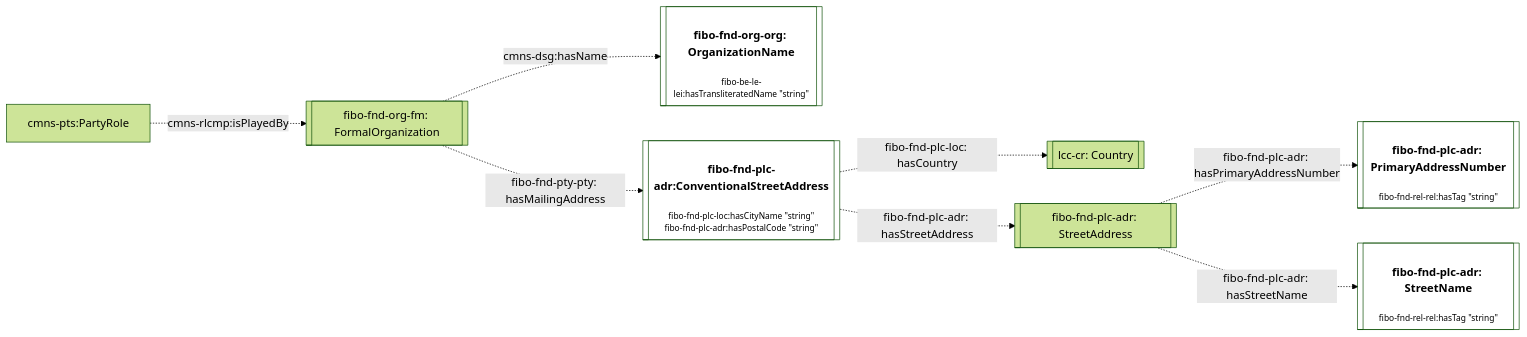
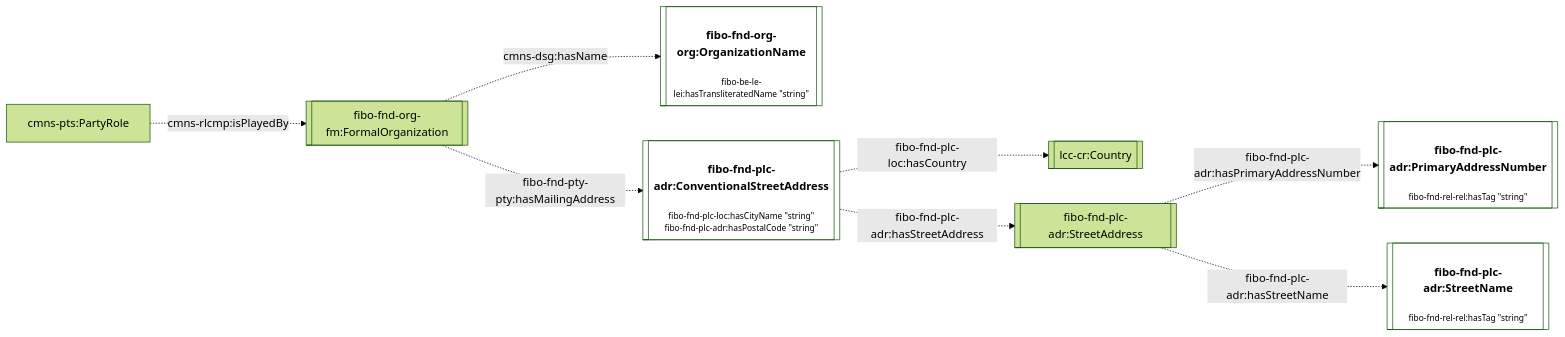
Before and after one commit to cambridge-cares/TheWorldAvatar: the third of 7 diagrams in JPS_Ontology/ontology/ontoprofile/README.MD, drawn with Mermaid (forest theme). The commit also changed other lines of this file, not shown here.

Commit message:
dev-service-execution-ontology-extension: add overflow styles to link and node

````diff
--- a/JPS_Ontology/ontology/ontoprofile/README.MD
+++ b/JPS_Ontology/ontology/ontoprofile/README.MD
@@ -98,18 +98,19 @@
 ```mermaid
 flowchart LR
     %% Styling
     classDef literal fill:none
-    classDef node text-wrap:pretty
+    classDef node overflow-wrap:break-word,text-wrap:pretty
+    linkStyle default overflow-wrap:break-word,text-wrap:pretty;
 
     %% Contents
-    cmns-pts:PartyRole -. cmns-rlcmp:isPlayedBy .-> Organisation[[fibo-fnd-org-fm: FormalOrganization]]
-    Organisation -. cmns-dsg:hasName .-> OrganizationName[["<h4>fibo-fnd-org-org: OrganizationName</h4><p style='font-size:0.75rem;'>fibo-be-le-lei:hasTransliteratedName &quot;string&quot;</p>"]]:::literal
+    cmns-pts:PartyRole -. cmns-rlcmp:isPlayedBy .-> Organisation[[fibo-fnd-org-fm:FormalOrganization]]
+    Organisation -. cmns-dsg:hasName .-> OrganizationName[["<h4>fibo-fnd-org-org:OrganizationName</h4><p style='font-size:0.75rem;'>fibo-be-le-lei:hasTransliteratedName &quot;string&quot;</p>"]]:::literal
 
-    Organisation -. fibo-fnd-pty-pty: hasMailingAddress .-> ConventionalStreetAddress[["<h4>fibo-fnd-plc-adr:ConventionalStreetAddress</h4><p style='font-size:0.75rem;'>fibo-fnd-plc-loc:hasCityName &quot;string&quot;<br>fibo-fnd-plc-adr:hasPostalCode &quot;string&quot;</p>"]]:::literal
+    Organisation -. fibo-fnd-pty-pty:hasMailingAddress .-> ConventionalStreetAddress[["<h4>fibo-fnd-plc-adr:ConventionalStreetAddress</h4><p style='font-size:0.75rem;'>fibo-fnd-plc-loc:hasCityName &quot;string&quot;<br>fibo-fnd-plc-adr:hasPostalCode &quot;string&quot;</p>"]]:::literal
 
-    ConventionalStreetAddress -. fibo-fnd-plc-loc: hasCountry .-> Country[[lcc-cr: Country]]
-    ConventionalStreetAddress -. fibo-fnd-plc-adr: hasStreetAddress .-> StreetAddress[[fibo-fnd-plc-adr: StreetAddress]]
+    ConventionalStreetAddress -. fibo-fnd-plc-loc:hasCountry .-> Country[[lcc-cr:Country]]
+    ConventionalStreetAddress -. fibo-fnd-plc-adr:hasStreetAddress .-> StreetAddress[[fibo-fnd-plc-adr:StreetAddress]]
 
-    StreetAddress -. fibo-fnd-plc-adr: hasPrimaryAddressNumber .-> PrimaryAddressNumber[["<h4>fibo-fnd-plc-adr: PrimaryAddressNumber</h4><p style='font-size:0.75rem;'>fibo-fnd-rel-rel:hasTag &quot;string&quot;</p>"]]:::literal
-    StreetAddress -. fibo-fnd-plc-adr: hasStreetName .-> StreetName[["<h4>fibo-fnd-plc-adr: StreetName</h4><p style='font-size:0.75rem;'>fibo-fnd-rel-rel:hasTag &quot;string&quot;</p>"]]:::literal
+    StreetAddress -. fibo-fnd-plc-adr:hasPrimaryAddressNumber .-> PrimaryAddressNumber[["<h4>fibo-fnd-plc-adr:PrimaryAddressNumber</h4><p style='font-size:0.75rem;'>fibo-fnd-rel-rel:hasTag &quot;string&quot;</p>"]]:::literal
+    StreetAddress -. fibo-fnd-plc-adr:hasStreetName .-> StreetName[["<h4>fibo-fnd-plc-adr:StreetName</h4><p style='font-size:0.75rem;'>fibo-fnd-rel-rel:hasTag &quot;string&quot;</p>"]]:::literal
 ```
````
